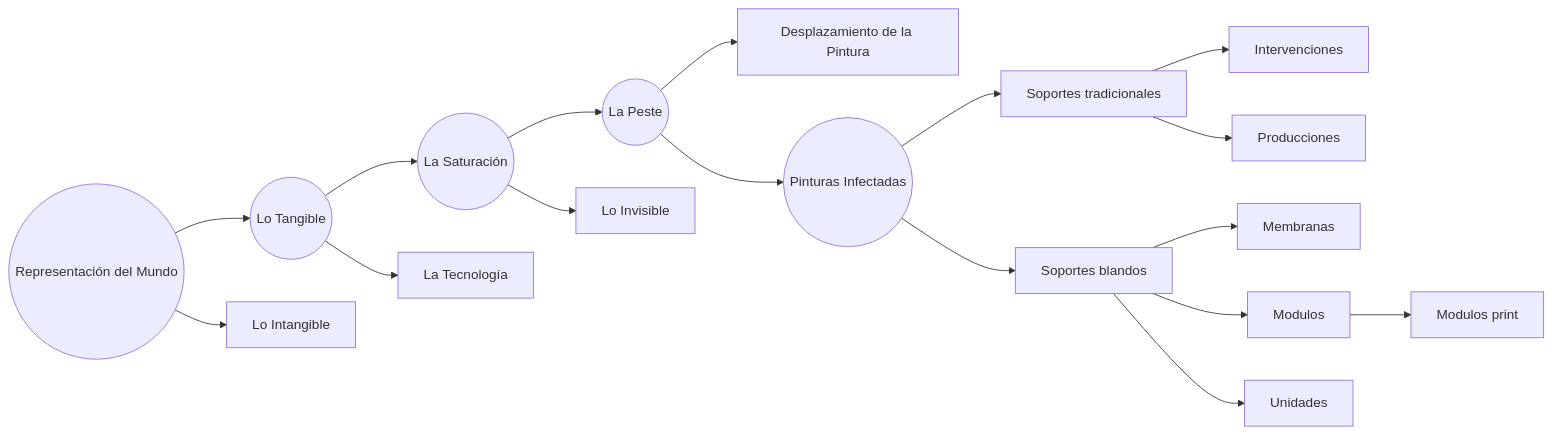
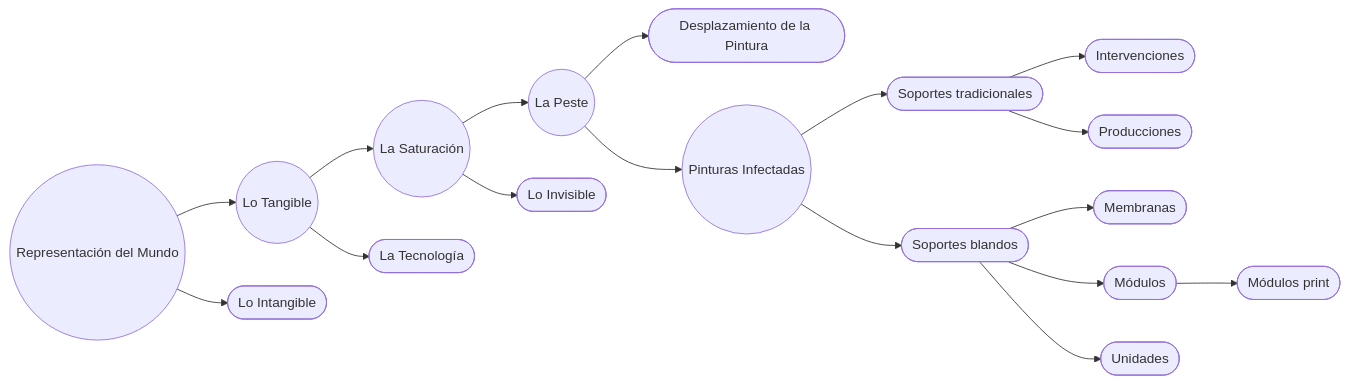
One commit to EGGS-Artesvisuales/EGGS-Artesvisuales.github.io changed the diagram in ES/peste-pinturas-infectadas.md. Above: the diagram before and after it, drawn with Mermaid. The commit also changed other lines of this file, not shown here.

```diff
--- a/ES/peste-pinturas-infectadas.md
+++ b/ES/peste-pinturas-infectadas.md
@@ -38,69 +38,69 @@
 <div class="mermaid">
 flowchart LR
   RM((Representación del Mundo))
   LT((Lo Tangible))
-  Z2[Lo Intangible]
+  Z2([Lo Intangible])
 
   LS((La Saturación))
-  LTec[La Tecnología]
+  LTec([La Tecnología])
   LP((La Peste))
-  LI[Lo Invisible]
-  DP[Desplazamiento de la Pintura]
+  LI([Lo Invisible])
+  DP([Desplazamiento de la Pintura])
 
   PI((Pinturas Infectadas))
-  ST[Soportes tradicionales]
-  SB[Soportes blandos]
+  ST([Soportes tradicionales])
+  SB([Soportes blandos])
 
-  INT[Intervenciones]
-  PROD[Producciones]
+  INT([Intervenciones])
+  PROD([Producciones])
 
-  MEM[Membranas]
-  MOD[Modulos]
-  MODP[Modulos print]
-  UNI[Unidades]
+  MEM([Membranas])
+  MOD([Módulos])
+  MODP([Módulos print])
+  UNI([Unidades])
 
   RM --> LT
   RM --> Z2
 
   LT --> LS
   LT --> LTec
 
   LS --> LP
   LS --> LI
 
   LP --> DP
   LP --> PI
 
   PI --> ST
   PI --> SB
 
   ST --> INT
   ST --> PROD
 
   SB --> MEM
   SB --> MOD
   MOD --> MODP
   SB --> UNI
 
   click RM "/ES/mundo-exterior.html" "Ver Representación del Mundo"
   click LT "/ES/tangible.html" "Ver Lo Tangible"
   click Z2 "/ES/intangible.html" "Ver Lo Intangible"
 
   click LS "/ES/saturacion.html" "Ver La Saturación"
   click LTec "/ES/en-construccion.html" "Ver La Tecnología"
   click LP "/ES/la-peste.html" "Ver La Peste"
   click LI "/ES/lo-invisible.html" "Ver Lo Invisible"
   click DP "/ES/desplazamiento-pintura.html" "Ver Desplazamiento de la Pintura"
 
   click PI "/ES/peste-pinturas-infectadas.html" "Ver Pinturas Infectadas"
 
   click ST "#soportes-tradicionales" "Ir a Soportes tradicionales"
   click INT "#intervenciones" "Ir a Intervenciones"
   click PROD "#producciones" "Ir a Producciones"
 
   click SB "#soportes-blandos" "Ir a Soportes blandos"
   click MEM "#membranas" "Ir a Membranas"
-  click MOD "#modulos" "Ir a Modulos"
-  click MODP "#modulos-prints" "Ir a Modulos print"
+  click MOD "#modulos" "Ir a Módulos"
+  click MODP "#modulos-prints" "Ir a Módulos print"
   click UNI "#unidades" "Ir a Unidades"
 </div>
```
